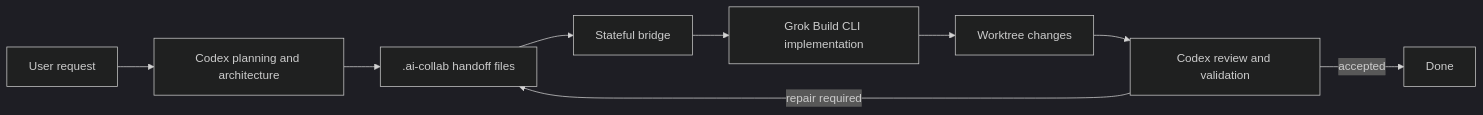
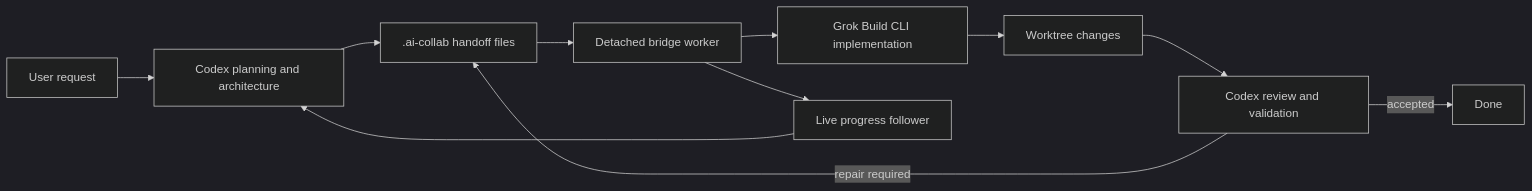
The diagram in README.md (damian2848/grok-build-codex), drawn with Mermaid (dark theme) before and after one commit. The commit also changed other lines of this file and 18 other files, not shown here.

````diff
--- a/README.md
+++ b/README.md
@@ -15,11 +15,13 @@
 ```mermaid
 flowchart LR
     U[User request] --> C[Codex planning and architecture]
     C --> H[.ai-collab handoff files]
-    H --> B[Stateful bridge]
+    H --> B[Detached bridge worker]
     B --> G[Grok Build CLI implementation]
+    B --> P[Live progress follower]
+    P --> C
     G --> W[Worktree changes]
     W --> R[Codex review and validation]
     R -->|repair required| H
     R -->|accepted| D[Done]
 ```
````
